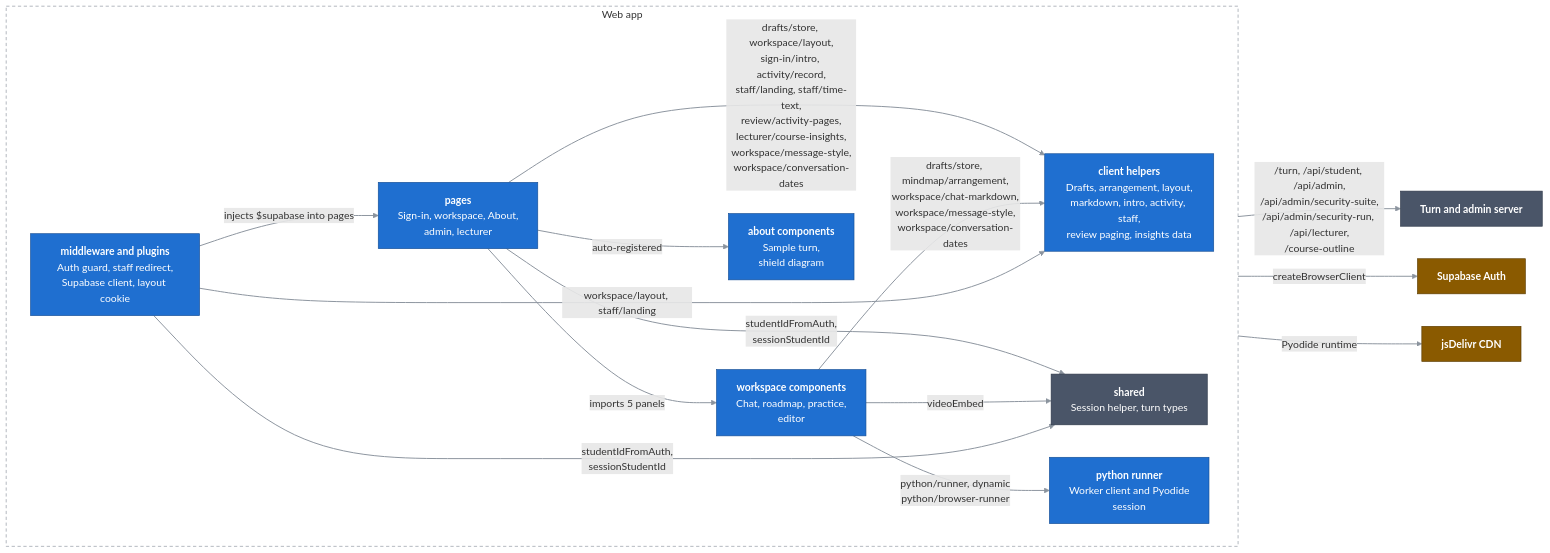
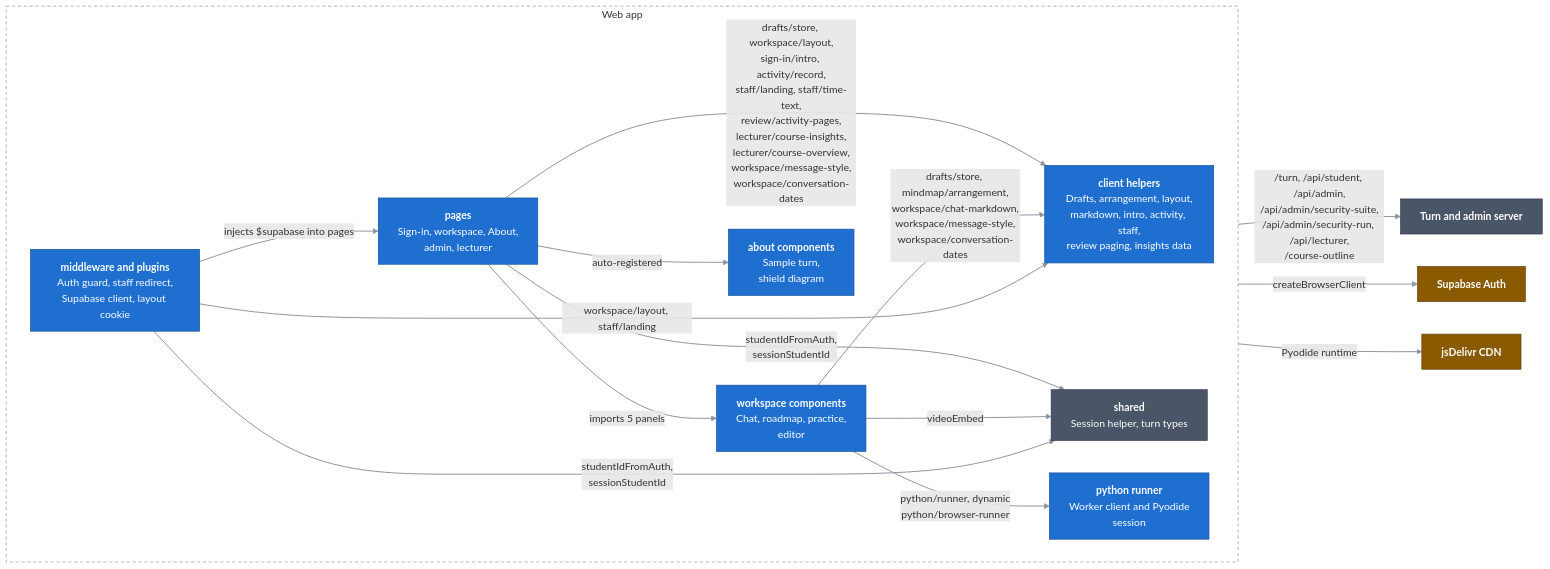
The diagram in docs/c4/03-components/web-app/00-overview.md (atuan1605/COS40005_HN9_Verifiable_Co-Learner_Agent), drawn with Mermaid before and after one commit. The commit also changed 10 other files, not shown here.

Commit message:
Lecturer Overview as cards: class pies, portraits and a module ring per student

````diff
--- a/docs/c4/03-components/web-app/00-overview.md
+++ b/docs/c4/03-components/web-app/00-overview.md
@@ -13,38 +13,38 @@
 ```mermaid
 flowchart LR
   classDef comp fill:#1f6fd0,stroke:#164f96,color:#ffffff
   classDef near fill:#4a5568,stroke:#2d3748,color:#ffffff
   classDef ext fill:#8a5a00,stroke:#5c3c00,color:#ffffff
   linkStyle default stroke:#8b949e,stroke-width:1.5px
 
   subgraph app["Web app"]
     direction LR
     pages["<b>pages</b><br/>Sign-in, workspace, About,<br/>admin, lecturer"]:::comp
     ws["<b>workspace components</b><br/>Chat, roadmap, practice,<br/>editor"]:::comp
     home["<b>about components</b><br/>Sample turn,<br/>shield diagram"]:::comp
     helpers["<b>client helpers</b><br/>Drafts, arrangement, layout,<br/>markdown, intro, activity, staff,<br/>review paging, insights data"]:::comp
     py["<b>python runner</b><br/>Worker client and Pyodide<br/>session"]:::comp
     mw["<b>middleware and plugins</b><br/>Auth guard, staff redirect,<br/>Supabase client, layout cookie"]:::comp
     shared["<b>shared</b><br/>Session helper, turn types"]:::near
   end
 
   server["<b>Turn and admin server</b>"]:::near
   auth["<b>Supabase Auth</b>"]:::ext
   cdn["<b>jsDelivr CDN</b>"]:::ext
 
   pages -->|"imports 5 panels"| ws
-  pages -->|"drafts/store, workspace/layout,<br/>sign-in/intro, activity/record,<br/>staff/landing, staff/time-text,<br/>review/activity-pages,<br/>lecturer/course-insights,<br/>workspace/message-style,<br/>workspace/conversation-dates"| helpers
+  pages -->|"drafts/store, workspace/layout,<br/>sign-in/intro, activity/record,<br/>staff/landing, staff/time-text,<br/>review/activity-pages,<br/>lecturer/course-insights,<br/>lecturer/course-overview,<br/>workspace/message-style,<br/>workspace/conversation-dates"| helpers
   pages -->|"studentIdFromAuth,<br/>sessionStudentId"| shared
   pages ==>|"auto-registered"| home
   pages ==>|"/turn, /api/student, /api/admin,<br/>/api/admin/security-suite,<br/>/api/admin/security-run, /api/lecturer,<br/>/course-outline"| server
   ws -->|"drafts/store, mindmap/arrangement,<br/>workspace/chat-markdown,<br/>workspace/message-style,<br/>workspace/conversation-dates"| helpers
   ws -->|"videoEmbed"| shared
   ws -->|"python/runner, dynamic<br/>python/browser-runner"| py
   mw -->|"workspace/layout, staff/landing"| helpers
   mw -->|"studentIdFromAuth,<br/>sessionStudentId"| shared
   mw ==>|"injects $supabase into pages"| pages
   mw ==>|"createBrowserClient"| auth
   py -->|"Pyodide runtime"| cdn
 
   style app fill:none,stroke:#8b949e,stroke-dasharray:5 4
 ```
````
